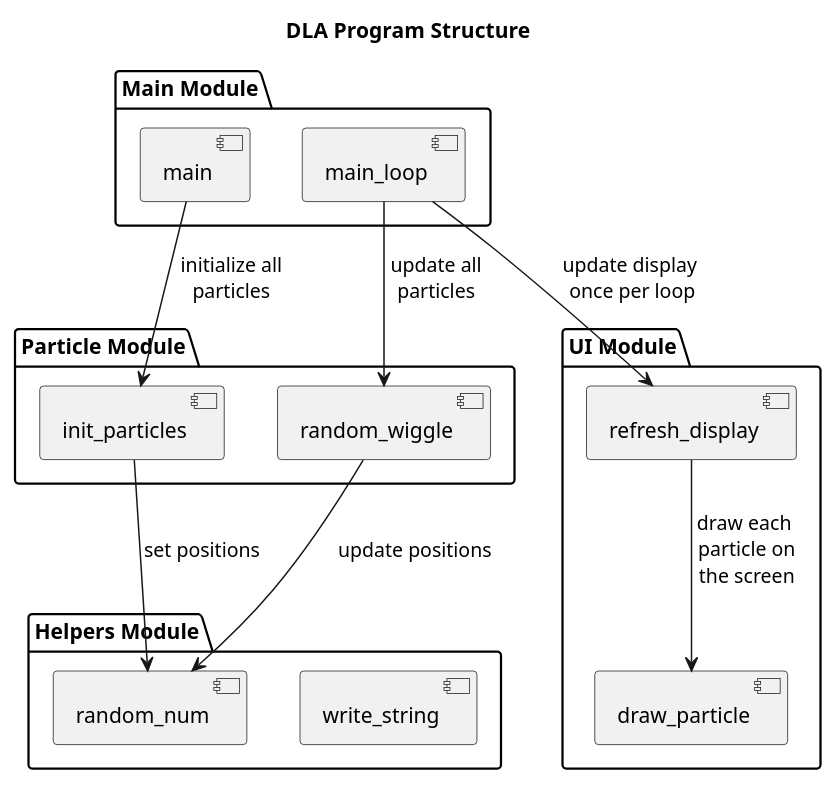
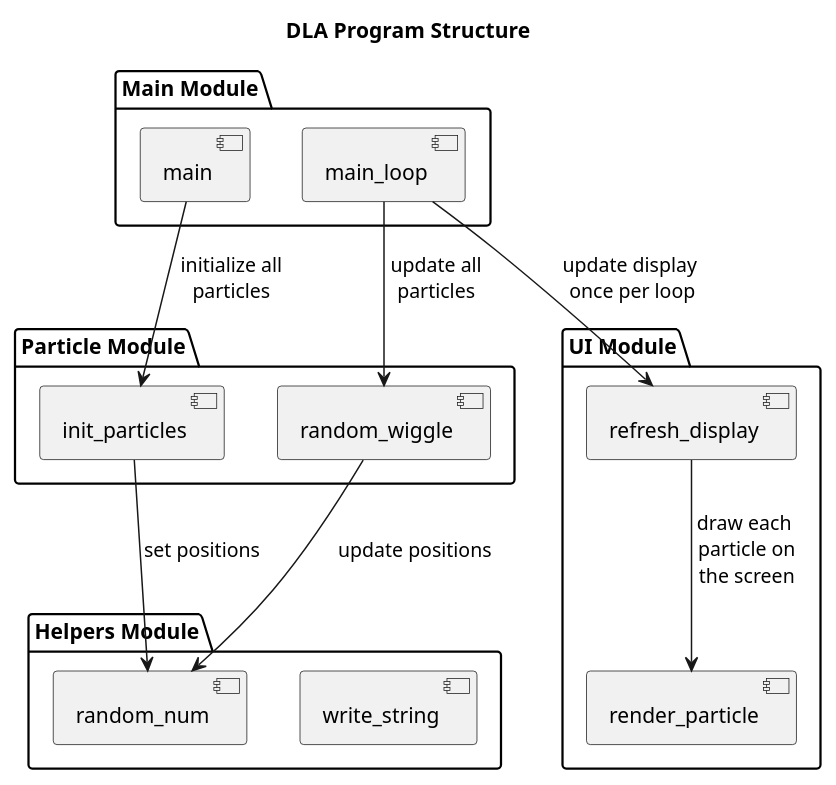
The diagram in diagrams/structure.puml (travisformayor/assembly_dla), drawn with PlantUML before and after one commit. The commit also changed 3 other files, not shown here.

Commit message:
rename draw_particle to render_particle

```diff
--- a/diagrams/structure.puml
+++ b/diagrams/structure.puml
@@ -1,41 +1,41 @@
 @startuml Structure
 
 title "DLA Program Structure"
 
 together {
   package "Main Module" {
     [main_loop]
     [main]
   }
   
   package "Particle Module" {
     [init_particles]
     [random_wiggle]
   }
   
   package "Helpers Module" {
       [write_string]
       [random_num]
   }
 }
 
 package "UI Module" {
   [refresh_display]
-  [draw_particle]
+  [render_particle]
 }
 
 ' Main Connections
 main --> init_particles : " initialize all\n particles"
 main_loop --> random_wiggle : " update all\n particles"
 main_loop --> refresh_display : "update display\n once per loop"
 
 ' Particle Connections
 init_particles --> random_num : "set positions"
 random_wiggle --> random_num : " update positions"
 
 ' UI Connections
-refresh_display --> draw_particle : "draw each\n particle on\n the screen"
+refresh_display --> render_particle : "draw each\n particle on\n the screen"
 
 ' Helpers Connections
 
 @enduml
```
